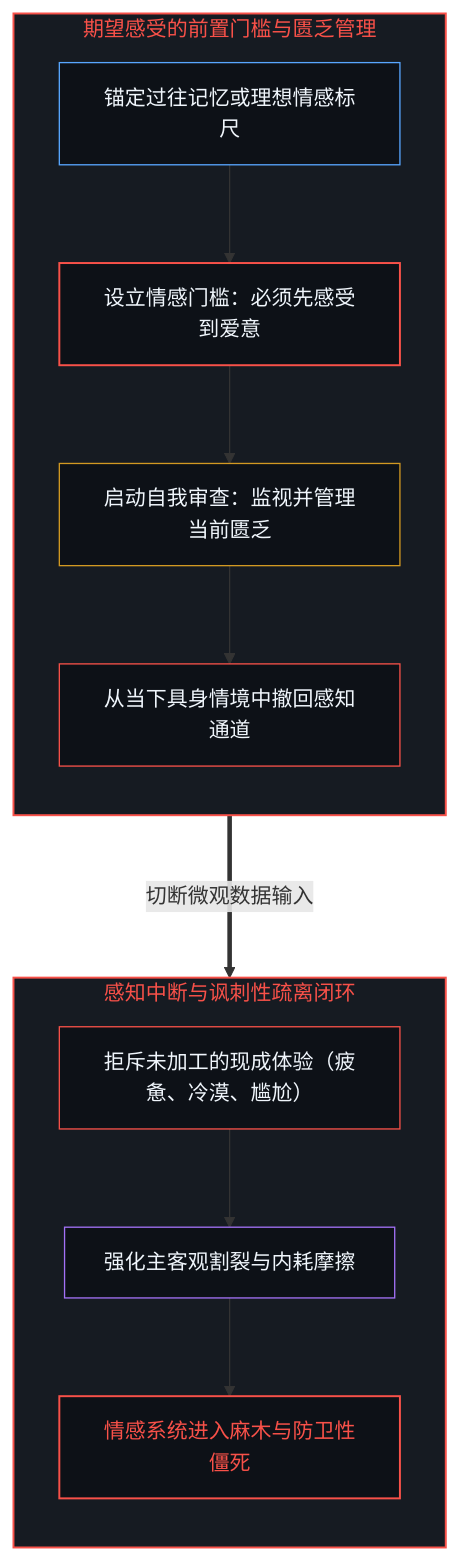
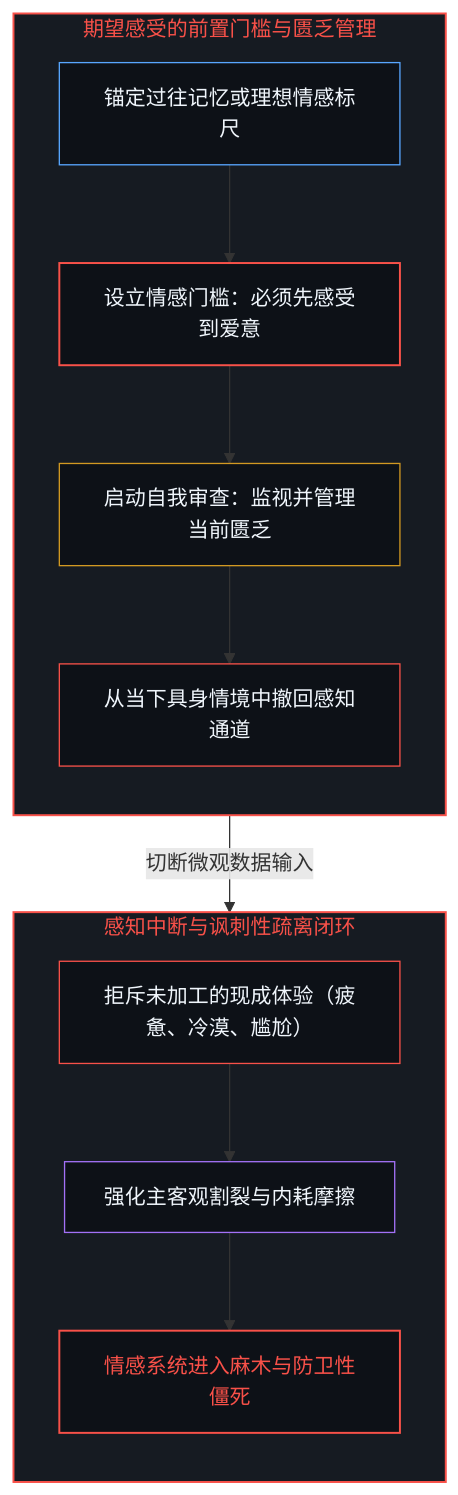
Before and after one commit to powerpig99/not-a-toe: the first of 6 diagrams in content/posts/present-contact-and-the-obscuration-of-desired-feeling.md, drawn with Mermaid. The commit also changed other lines of this file and 2 other files, not shown here.

Commit message:
Polish Post #385: streamline Mermaid connectors, clarify Heideggerian vs present registration, and anchor Call to Praxis

````diff
--- a/content/posts/present-contact-and-the-obscuration-of-desired-feeling.md
+++ b/content/posts/present-contact-and-the-obscuration-of-desired-feeling.md
@@ -13,27 +13,27 @@
 ```mermaid
 graph TD
     subgraph S_Demand ["期望感受的前置门槛与匮乏管理"]
         direction TB
         D_Past["锚定过往记忆或理想情感标尺"] --> D_Gate["设立情感门槛：必须先感受到爱意"]
         D_Gate --> D_Policing["启动自我审查：监视并管理当前匮乏"]
         D_Policing --> D_Sever["从当下具身情境中撤回感知通道"]
     end
 
     subgraph S_Numbness ["感知中断与讽刺性疏离闭环"]
         direction TB
         N_Block["拒斥未加工的现成体验（疲惫、冷漠、尴尬）"] --> N_Alienation["强化主客观割裂与内耗摩擦"]
         N_Alienation --> N_Freeze["情感系统进入麻木与防卫性僵死"]
     end
 
-    D_Sever ===>|"切断微观数据输入"| N_Block
+    D_Sever -->|"切断微观数据输入"| N_Block
 
     style S_Demand fill:#161b22,stroke:#f85149,stroke-width:1.5px,color:#f85149
     style S_Numbness fill:#161b22,stroke:#f85149,stroke-width:1.5px,color:#f85149
     style D_Past fill:#0d1117,stroke:#58a6ff,stroke-width:1px,color:#f0f6fc
     style D_Gate fill:#0d1117,stroke:#f85149,stroke-width:1.5px,color:#f0f6fc
     style D_Policing fill:#0d1117,stroke:#d29922,stroke-width:1px,color:#f0f6fc
     style D_Sever fill:#0d1117,stroke:#f85149,stroke-width:1px,color:#f0f6fc
     style N_Block fill:#0d1117,stroke:#f85149,stroke-width:1px,color:#f0f6fc
     style N_Alienation fill:#0d1117,stroke:#a371f7,stroke-width:1px,color:#f0f6fc
     style N_Freeze fill:#0d1117,stroke:#f85149,stroke-width:1.5px,color:#f85149
 ```
````
